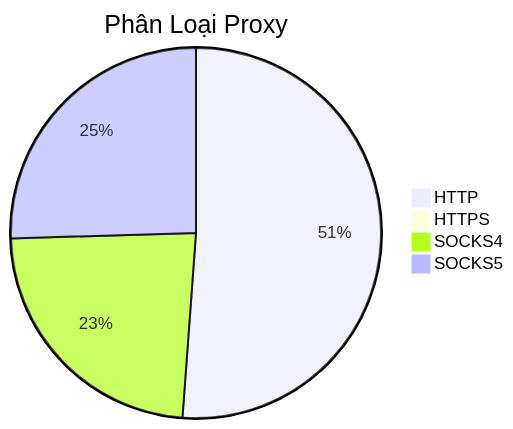
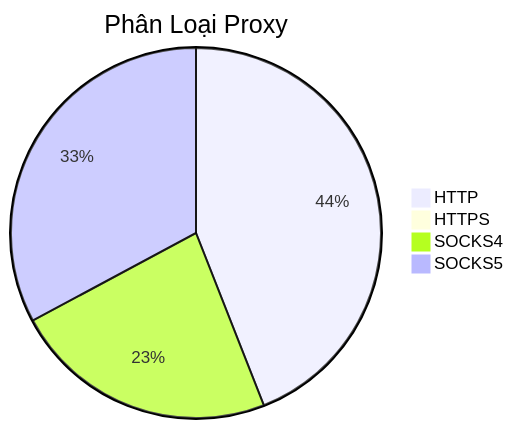
The diagram in README.md (Ciara-12/PROXY-free), drawn with Mermaid before and after one commit. The commit also changed other lines of this file and 3 other files, not shown here.

````diff
--- a/README.md
+++ b/README.md
@@ -26,7 +26,7 @@
 ```mermaid
 pie title Phân Loại Proxy
-    "HTTP" : 659
+    "HTTP" : 413
     "HTTPS" : 0
-    "SOCKS4" : 301
-    "SOCKS5" : 328
+    "SOCKS4" : 217
+    "SOCKS5" : 308
 ```
````
